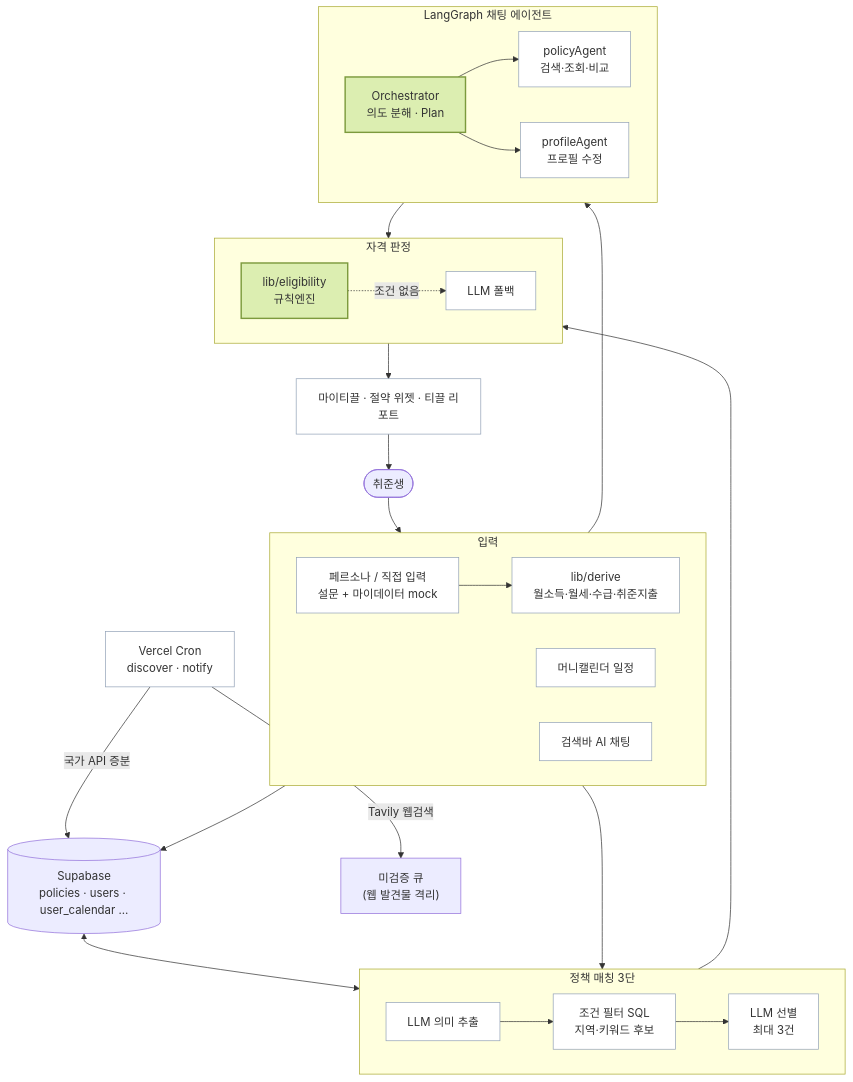
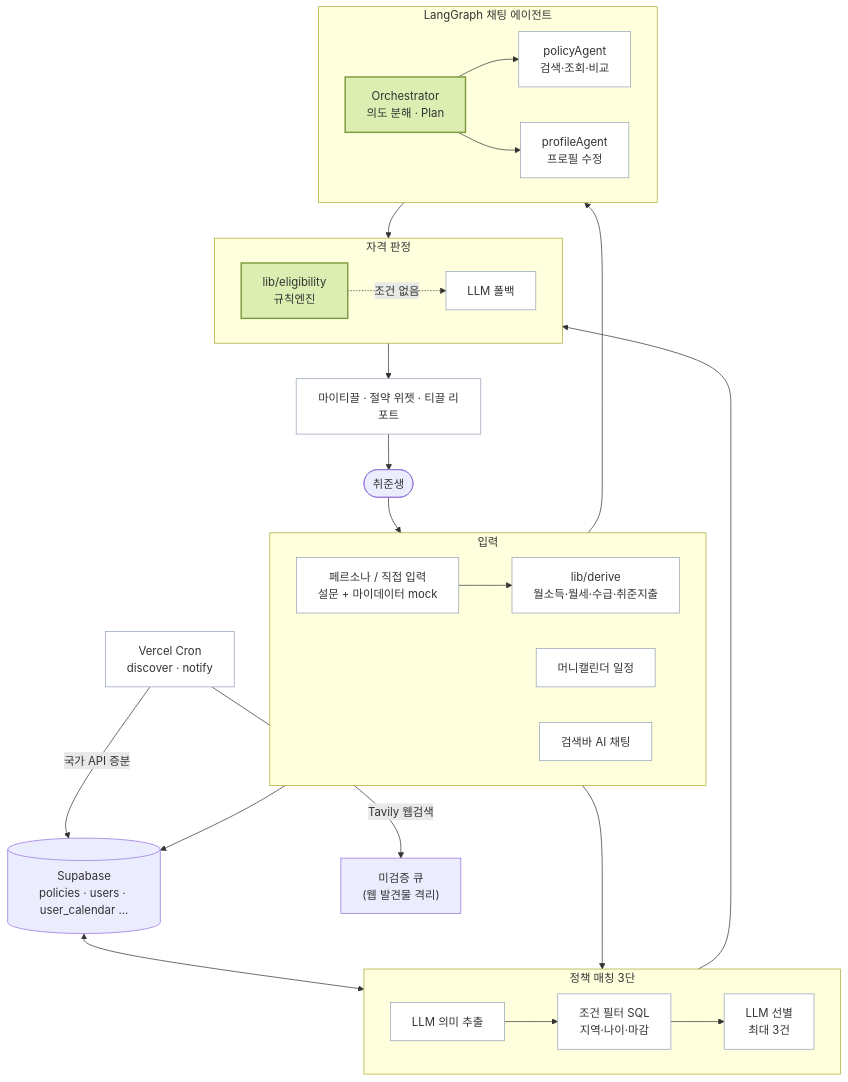
One commit to Tikkeulapp/tikkeul changed the diagram in README.md. Above: the diagram before and after it, drawn with Mermaid. The commit also changed other lines of this file, not shown here.

````diff
--- a/README.md
+++ b/README.md
@@ -128,45 +90,45 @@
 ```mermaid
 flowchart TB
     User([취준생])
 
     subgraph IN ["입력"]
         direction LR
         P["페르소나 / 직접 입력<br>설문 + 마이데이터 mock"] --> D["lib/derive<br>월소득·월세·수급·취준지출"]
         CAL["머니캘린더 일정"]
         CHAT["검색바 AI 채팅"]
     end
 
     subgraph MATCH ["정책 매칭 3단"]
         direction LR
-        X["LLM 의미 추출"] --> SQL["조건 필터 SQL<br>지역·키워드 후보"] --> SEL["LLM 선별<br>최대 3건"]
+        X["LLM 의미 추출"] --> SQL["조건 필터 SQL<br>지역·나이·마감"] --> SEL["LLM 선별<br>최대 3건"]
     end
 
     subgraph JUDGE ["자격 판정"]
         direction LR
         RULE["lib/eligibility<br>규칙엔진"] -. 조건 없음 .-> LLMJ["LLM 폴백"]
     end
 
     subgraph AGENT ["LangGraph 채팅 에이전트"]
         direction LR
         ORC["Orchestrator<br>의도 분해 · Plan"] --> PA["policyAgent<br>검색·조회·비교"]
         ORC --> PRA["profileAgent<br>프로필 수정"]
     end
 
     DB[("Supabase<br>policies · users · user_calendar …")]
     OUT["마이티끌 · 절약 위젯 · 티끌 리포트"]
     CRON["Vercel Cron<br>discover · notify"]
     Q["미검증 큐<br>(웹 발견물 격리)"]
 
     User --> IN
     D --> DB
     CAL --> MATCH --> JUDGE --> OUT --> User
     CHAT --> AGENT --> JUDGE
     DB <--> MATCH
     CRON -- 국가 API 증분 --> DB
     CRON -- Tavily 웹검색 --> Q
 
     classDef box fill:#fff,stroke:#94a3b8,stroke-width:1px
     classDef key fill:#dceeb1,stroke:#7c9a3d,stroke-width:2px
     class P,D,CAL,CHAT,X,SQL,SEL,LLMJ,PA,PRA,OUT,CRON box
     class RULE,ORC key
 ```
````
